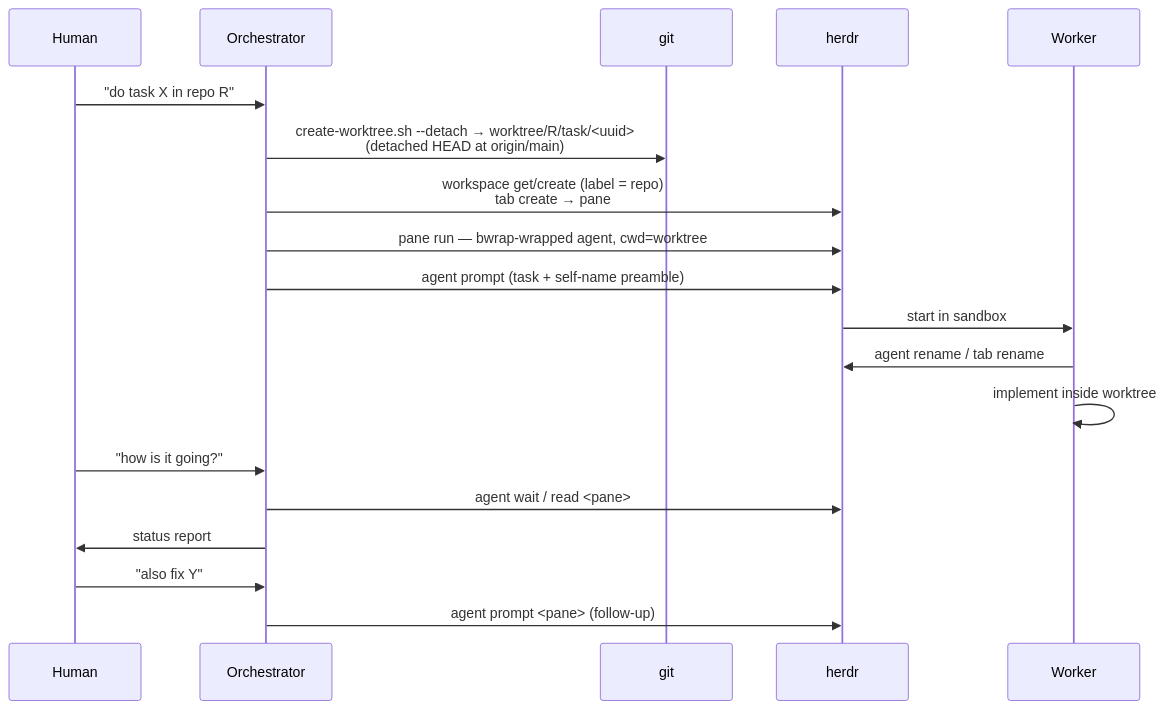
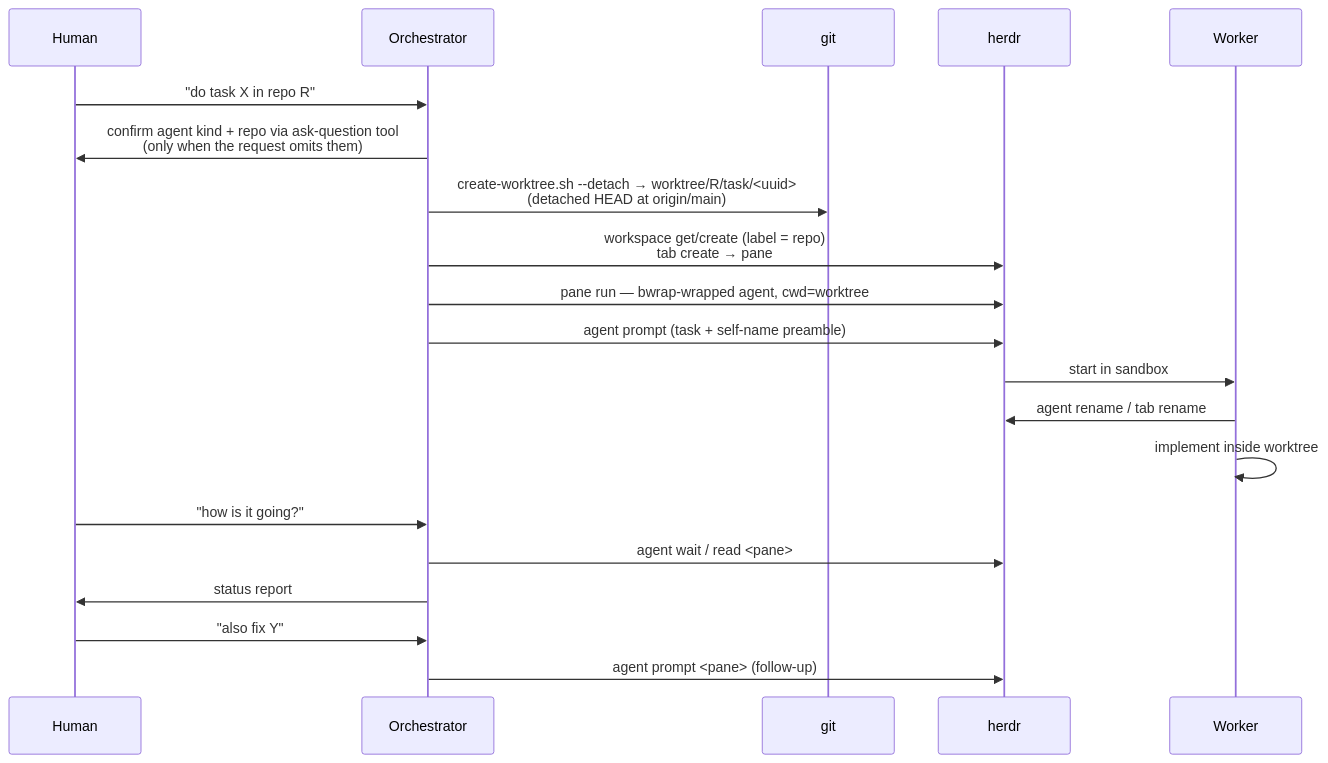
The diagram in docs/design/orchestration.md (Nyarducks/Worktreeharness), drawn with Mermaid before and after one commit. The commit also changed other lines of this file and 13 other files, not shown here.

````diff
--- a/docs/design/orchestration.md
+++ b/docs/design/orchestration.md
@@ -21,22 +21,23 @@
 ```mermaid
 sequenceDiagram
     participant H as Human
     participant O as Orchestrator
     participant G as git
     participant R as herdr
     participant W as Worker
 
     H->>O: "do task X in repo R"
+    O->>H: confirm agent kind + repo via ask-question tool<br/>(only when the request omits them)
     O->>G: create-worktree.sh --detach → worktree/R/task/<uuid><br/>(detached HEAD at origin/main)
     O->>R: workspace get/create (label = repo)<br/>tab create → pane
     O->>R: pane run — bwrap-wrapped agent, cwd=worktree
     O->>R: agent prompt (task + self-name preamble)
     R->>W: start in sandbox
     W->>R: agent rename / tab rename
     W->>W: implement inside worktree
     H->>O: "how is it going?"
     O->>R: agent wait / read <pane>
     O->>H: status report
     H->>O: "also fix Y"
     O->>R: agent prompt <pane> (follow-up)
 ```
````
